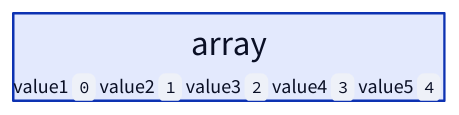
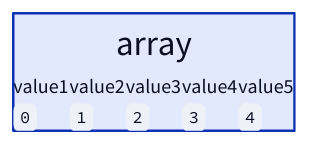
Before and after one commit to ani2fun/note-book: diagram 11 of 19 in src/computer-science/DSA/data-structures/1.arrays/01-introduction.md, drawn with D2. The commit also changed other lines of this file, not shown here.

````diff
--- a/src/computer-science/DSA/data-structures/1.arrays/01-introduction.md
+++ b/src/computer-science/DSA/data-structures/1.arrays/01-introduction.md
@@ -514,21 +514,21 @@
 ```d2
 arr: array {
   grid-columns: 5
   grid-gap: 0
   v1: |md
-    value1 `0`
+    value1<br/>`0`
   |
   v2: |md
-    value2 `1`
+    value2<br/>`1`
   |
   v3: |md
-    value3 `2`
+    value3<br/>`2`
   |
   v4: |md
-    value4 `3`
+    value4<br/>`3`
   |
   v5: |md
-    value5 `4`
+    value5<br/>`4`
   |
 }
 ```
````
